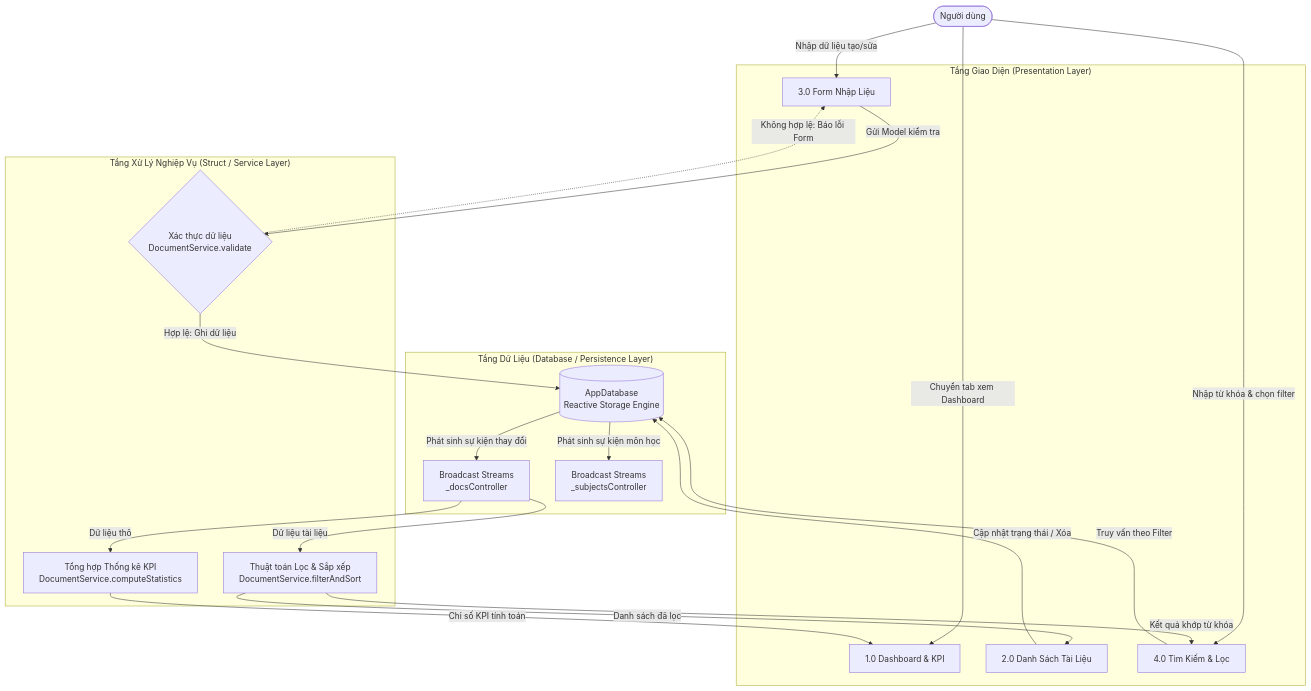
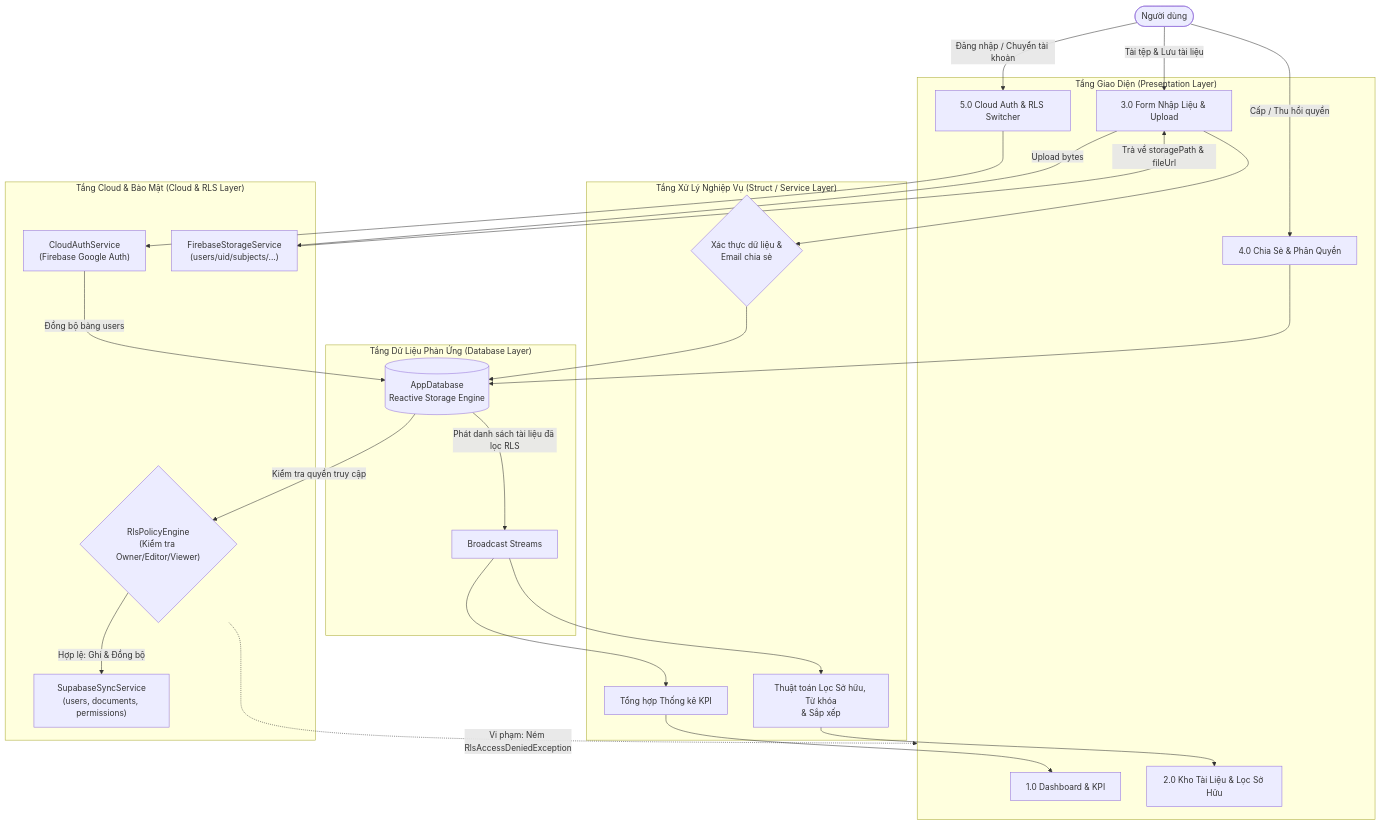
Before and after one commit to LuvAbyss/Study-Document-Manager: the second of 5 diagrams in ARCHITECTURE_REPORT.md, drawn with Mermaid. The commit also changed other lines of this file and 32 other files, not shown here.

First line of the commit message:
Add cloud sync and document sharing

````diff
--- a/ARCHITECTURE_REPORT.md
+++ b/ARCHITECTURE_REPORT.md
@@ -52,47 +61,53 @@
 ```mermaid
 flowchart TD
     User([Người dùng])
 
     subgraph UI_Layer ["Tầng Giao Diện (Presentation Layer)"]
         HomePage["1.0 Dashboard & KPI"]
-        DocListPage["2.0 Danh Sách Tài Liệu"]
-        AddEditPage["3.0 Form Nhập Liệu"]
-        SearchPage["4.0 Tìm Kiếm & Lọc"]
+        DocListPage["2.0 Kho Tài Liệu & Lọc Sở Hữu"]
+        AddEditPage["3.0 Form Nhập Liệu & Upload"]
+        ShareSheet["4.0 Chia Sẻ & Phân Quyền"]
+        CloudPage["5.0 Cloud Auth & RLS Switcher"]
     end
 
     subgraph Logic_Layer ["Tầng Xử Lý Nghiệp Vụ (Struct / Service Layer)"]
-        Validator{"Xác thực dữ liệu\nDocumentService.validate"}
-        FilterEngine["Thuật toán Lọc & Sắp xếp\nDocumentService.filterAndSort"]
-        StatsEngine["Tổng hợp Thống kê KPI\nDocumentService.computeStatistics"]
+        Validator{"Xác thực dữ liệu &\nEmail chia sẻ"}
+        FilterEngine["Thuật toán Lọc Sở hữu, Từ khóa\n& Sắp xếp"]
+        StatsEngine["Tổng hợp Thống kê KPI"]
     end
 
-    subgraph Data_Layer ["Tầng Dữ Liệu (Database / Persistence Layer)"]
-        DBEngine[(AppDatabase\nReactive Storage Engine)]
-        DocStream[Broadcast Streams\n_docsController]
-        SubStream[Broadcast Streams\n_subjectsController]
+    subgraph Cloud_Security_Layer ["Tầng Cloud & Bảo Mật (Cloud & RLS Layer)"]
+        AuthSvc["CloudAuthService\n(Firebase Google Auth)"]
+        StorageSvc["FirebaseStorageService\n(users/uid/subjects/...)"]
+        RlsEngine{"RlsPolicyEngine\n(Kiểm tra Owner/Editor/Viewer)"}
+        SupaSync["SupabaseSyncService\n(users, documents, permissions)"]
     end
 
-    %% User Interactions
-    User -->|Nhập dữ liệu tạo/sửa| AddEditPage
-    AddEditPage -->|Gửi Model kiểm tra| Validator
-    Validator -->|Hợp lệ: Ghi dữ liệu| DBEngine
-    Validator -.->|Không hợp lệ: Báo lỗi Form| AddEditPage
+    subgraph Data_Layer ["Tầng Dữ Liệu Phản Ứng (Database Layer)"]
+        DBEngine[(AppDatabase\nReactive Storage Engine)]
+        DocStream[Broadcast Streams]
+    end
 
-    User -->|Nhập từ khóa & chọn filter| SearchPage
-    SearchPage -->|Truy vấn theo Filter| DBEngine
+    User -->|Đăng nhập / Chuyển tài khoản| CloudPage
+    CloudPage --> AuthSvc
+    AuthSvc -->|Đồng bộ bảng users| DBEngine
 
-    User -->|Chuyển tab xem Dashboard| HomePage
-    
-    %% Reactive Data Flow
-    DBEngine -->|Phát sinh sự kiện thay đổi| DocStream
-    DBEngine -->|Phát sinh sự kiện môn học| SubStream
-    
-    DocStream -->|Dữ liệu thô| StatsEngine
-    StatsEngine -->|Chỉ số KPI tính toán| HomePage
+    User -->|Tải tệp & Lưu tài liệu| AddEditPage
+    AddEditPage -->|Upload bytes| StorageSvc
+    StorageSvc -->|Trả về storagePath & fileUrl| AddEditPage
+    AddEditPage --> Validator
+    Validator --> DBEngine
 
-    DocStream -->|Dữ liệu tài liệu| FilterEngine
-    FilterEngine -->|Danh sách đã lọc| DocListPage
-    FilterEngine -->|Kết quả khớp từ khóa| SearchPage
+    User -->|Cấp / Thu hồi quyền| ShareSheet
+    ShareSheet --> DBEngine
 
-    DocListPage -->|Cập nhật trạng thái / Xóa| DBEngine
+    DBEngine -->|Kiểm tra quyền truy cập| RlsEngine
+    RlsEngine -->|Hợp lệ: Ghi & Đồng bộ| SupaSync
+    RlsEngine -.->|Vi phạm: Ném RlsAccessDeniedException| UI_Layer
+
+    DBEngine -->|Phát danh sách tài liệu đã lọc RLS| DocStream
+    DocStream --> FilterEngine
+    DocStream --> StatsEngine
+    FilterEngine --> DocListPage
+    StatsEngine --> HomePage
 ```
````
